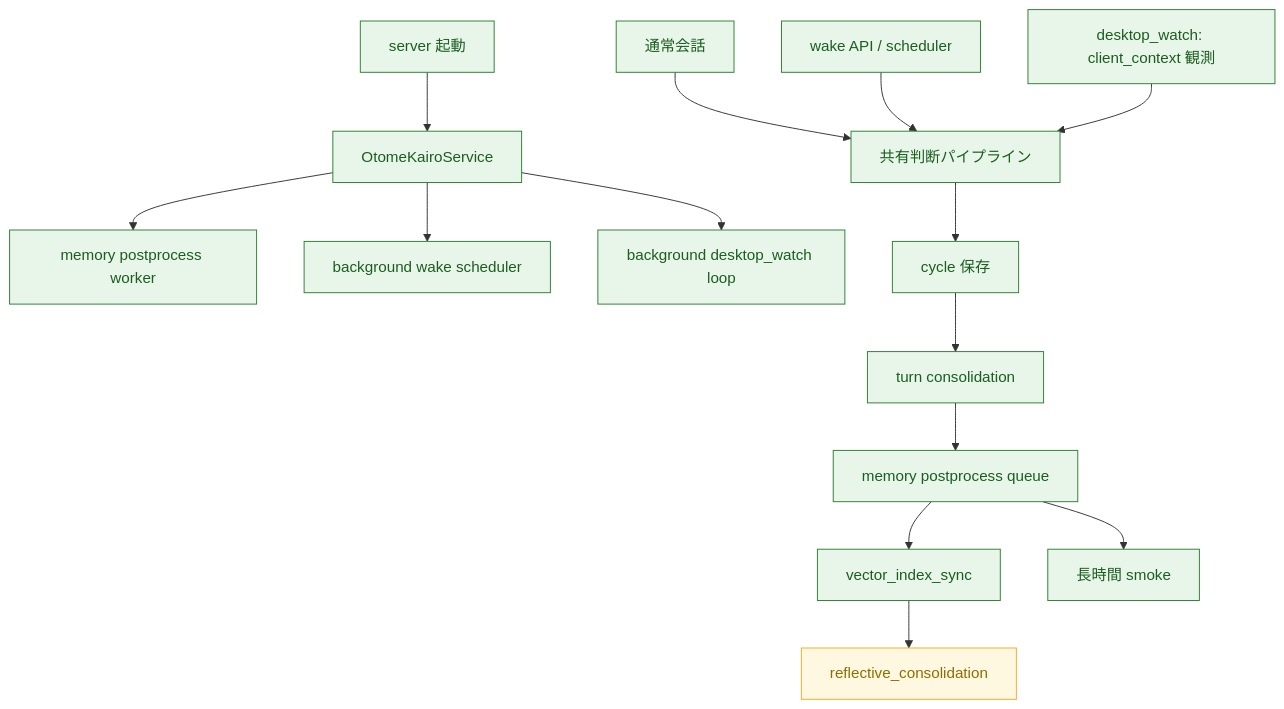
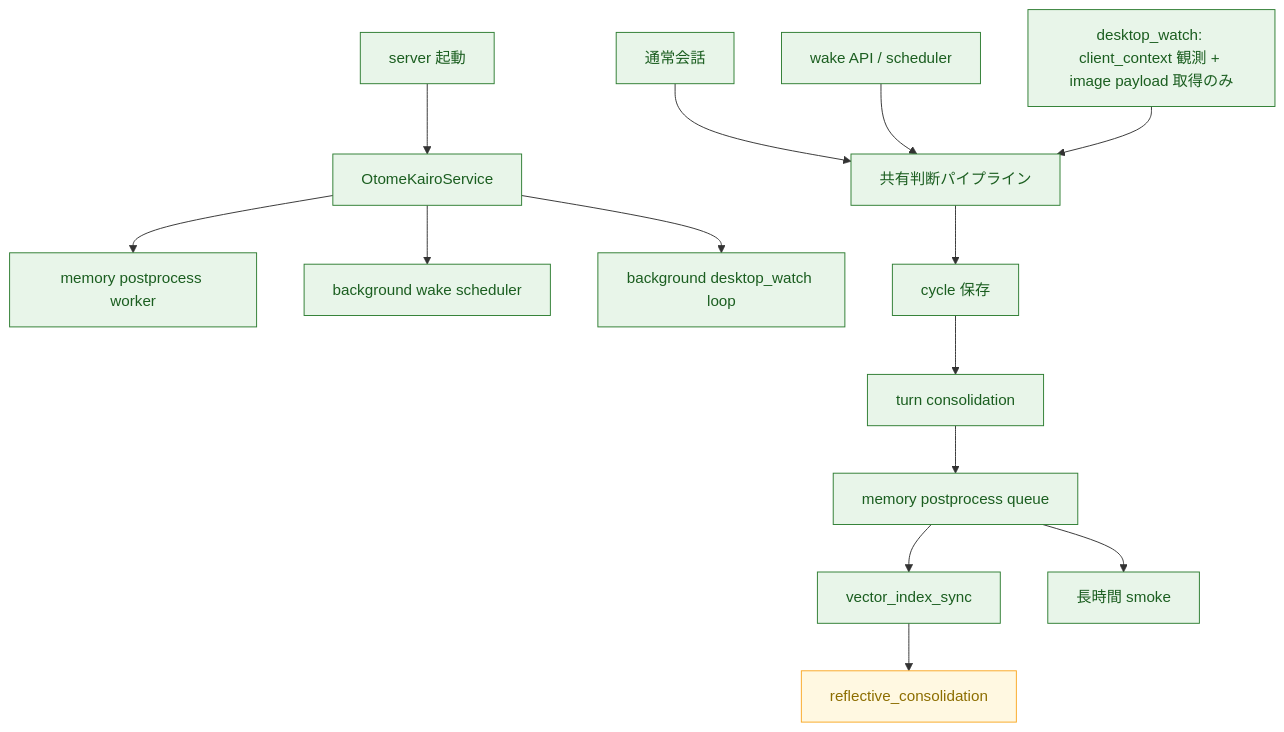
One commit to hirona98/OtomeKairo changed the third of 4 diagrams in docs/plan/02_現行処理フロー.md. Above: the diagram before and after it, drawn with Mermaid. The commit also changed other lines of this file and 15 other files, not shown here.

````diff
--- a/docs/plan/02_現行処理フロー.md
+++ b/docs/plan/02_現行処理フロー.md
@@ -158,25 +158,25 @@
 ```mermaid
 flowchart TD
     Start["server 起動"] --> Service["OtomeKairoService"]
     Service --> Worker["memory postprocess worker"]
     Service --> WakeLoop["background wake scheduler"]
     Service --> WatchLoop["background desktop_watch loop"]
 
     User["通常会話"] --> Shared["共有判断パイプライン"]
     Wake["wake API / scheduler"] --> Shared
-    WatchCtx["desktop_watch: client_context 観測"] --> Shared
+    WatchCtx["desktop_watch: client_context 観測 + image payload 取得のみ"] --> Shared
     Shared --> Persist["cycle 保存"]
     Persist --> Turn["turn consolidation"]
     Turn --> Queue["memory postprocess queue"]
     Queue --> Vec["vector_index_sync"]
     Vec --> Reflect["reflective_consolidation"]
     Queue --> Smoke["長時間 smoke"]
 
     classDef done fill:#e8f5e9,stroke:#2e7d32,color:#1b5e20;
     classDef partial fill:#fff8e1,stroke:#f9a825,color:#8d6e00;
     classDef todo fill:#ffebee,stroke:#c62828,color:#b71c1c;
 
     class Start,Service,Worker,WakeLoop,WatchLoop,User,Wake,WatchCtx,Shared,Persist,Turn,Queue,Vec done;
     class Reflect partial;
     class Smoke done;
 ```
````
